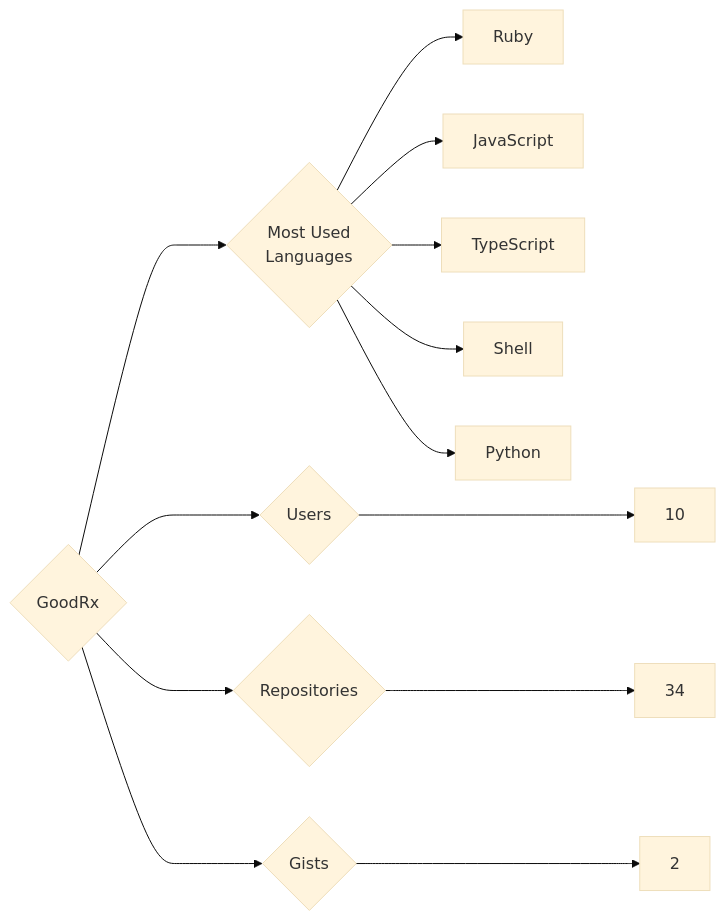
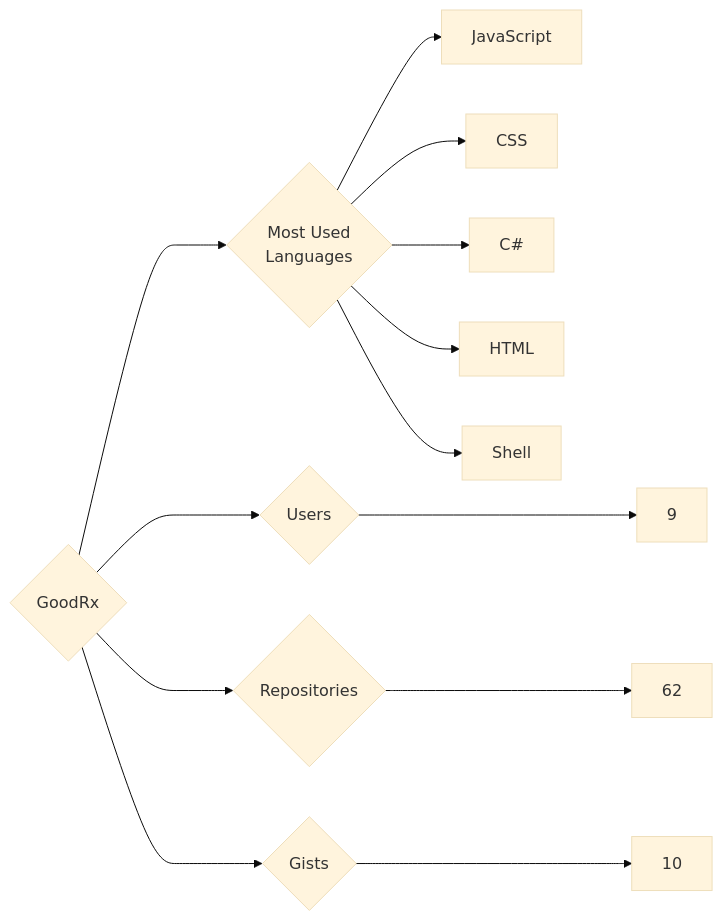
One commit to trickest/insiders changed the diagram in targets/GoodRx/README.md. Above: the diagram before and after it, drawn with Mermaid (base theme). The commit also changed 1170 other files, not shown here.

````diff
--- a/targets/GoodRx/README.md
+++ b/targets/GoodRx/README.md
@@ -3,13 +3,13 @@
 ```mermaid
 graph LR
 COMPANY_NAME{GoodRx}
-COMPANY_NAME ---> U{Users} ---> UN[10]
-COMPANY_NAME ---> R{Repositories} ---> RN[34]
-COMPANY_NAME ---> G{Gists} ---> GN[2]
+COMPANY_NAME ---> U{Users} ---> UN[9]
+COMPANY_NAME ---> R{Repositories} ---> RN[62]
+COMPANY_NAME ---> G{Gists} ---> GN[10]
 COMPANY_NAME ---> ML{Most Used<br>Languages}
-ML --> Ruby[Ruby]
 ML --> JavaScript[JavaScript]
-ML --> TypeScript[TypeScript]
+ML --> CSS[CSS]
+ML --> C#[C#]
+ML --> HTML[HTML]
 ML --> Shell[Shell]
-ML --> Python[Python]
 ```
````
